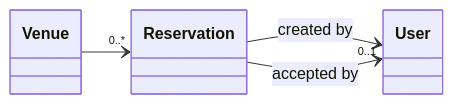
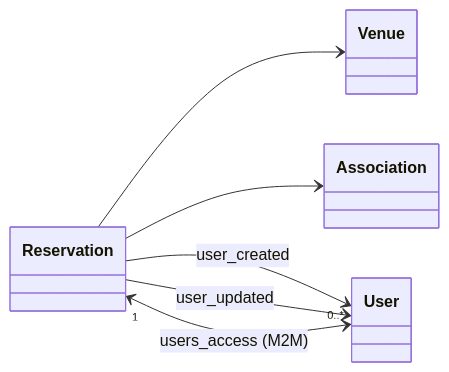
The diagram in website/venues/README.md (KiOui/TOSTI), drawn with Mermaid before and after one commit. The commit also changed other lines of this file and 3 other files, not shown here.

````diff
--- a/website/venues/README.md
+++ b/website/venues/README.md
@@ -7,7 +7,9 @@
 ```mermaid
 classDiagram
     direction LR
-    Venue --> "0..*" Reservation
-    Reservation --> User : created by
-    Reservation --> "0..1" User : accepted by
+    Reservation --> Venue
+    Reservation --> Association
+    Reservation --> User : user_created
+    Reservation --> User : user_updated
+    Reservation "1" <--> "0..*" User : users_access (M2M)
 ```
````
